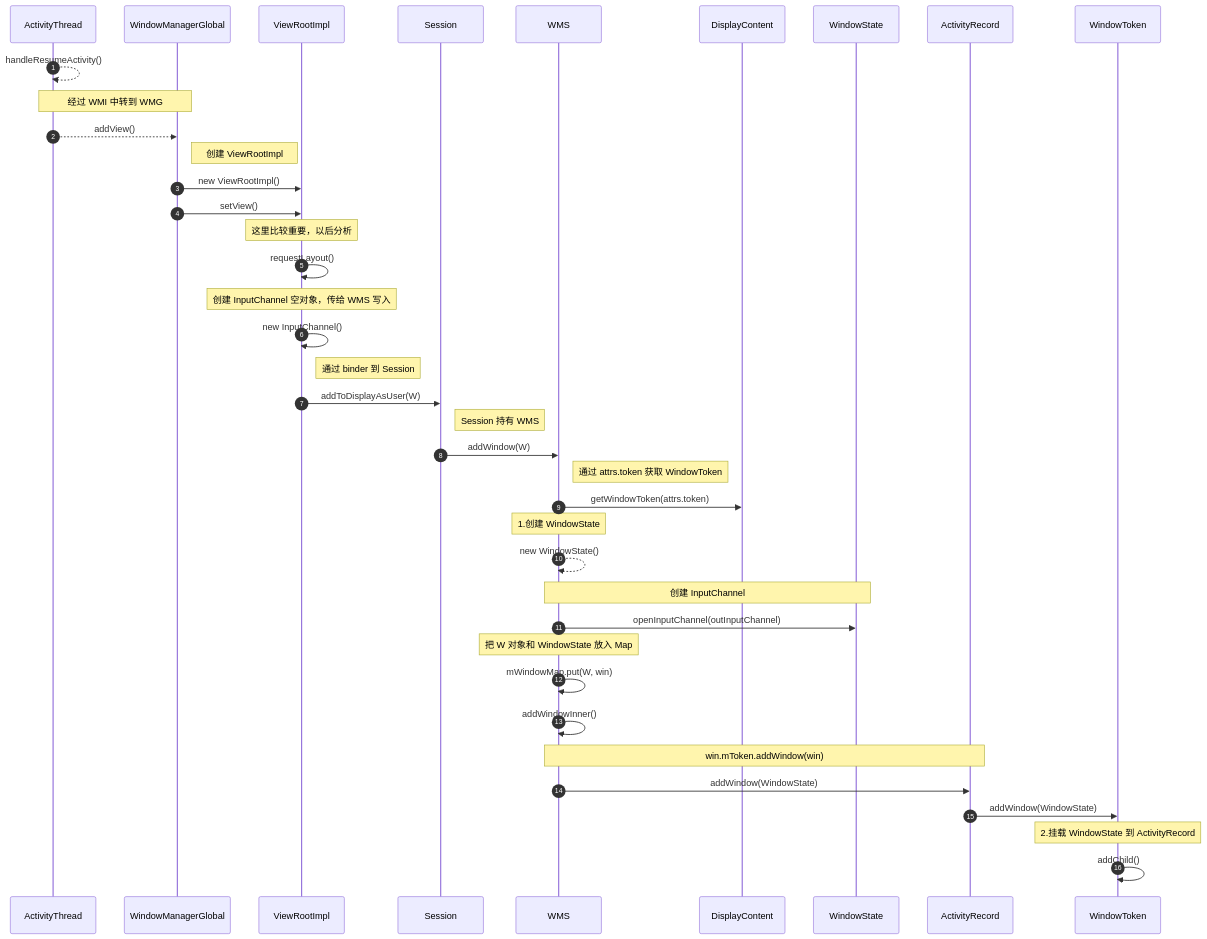
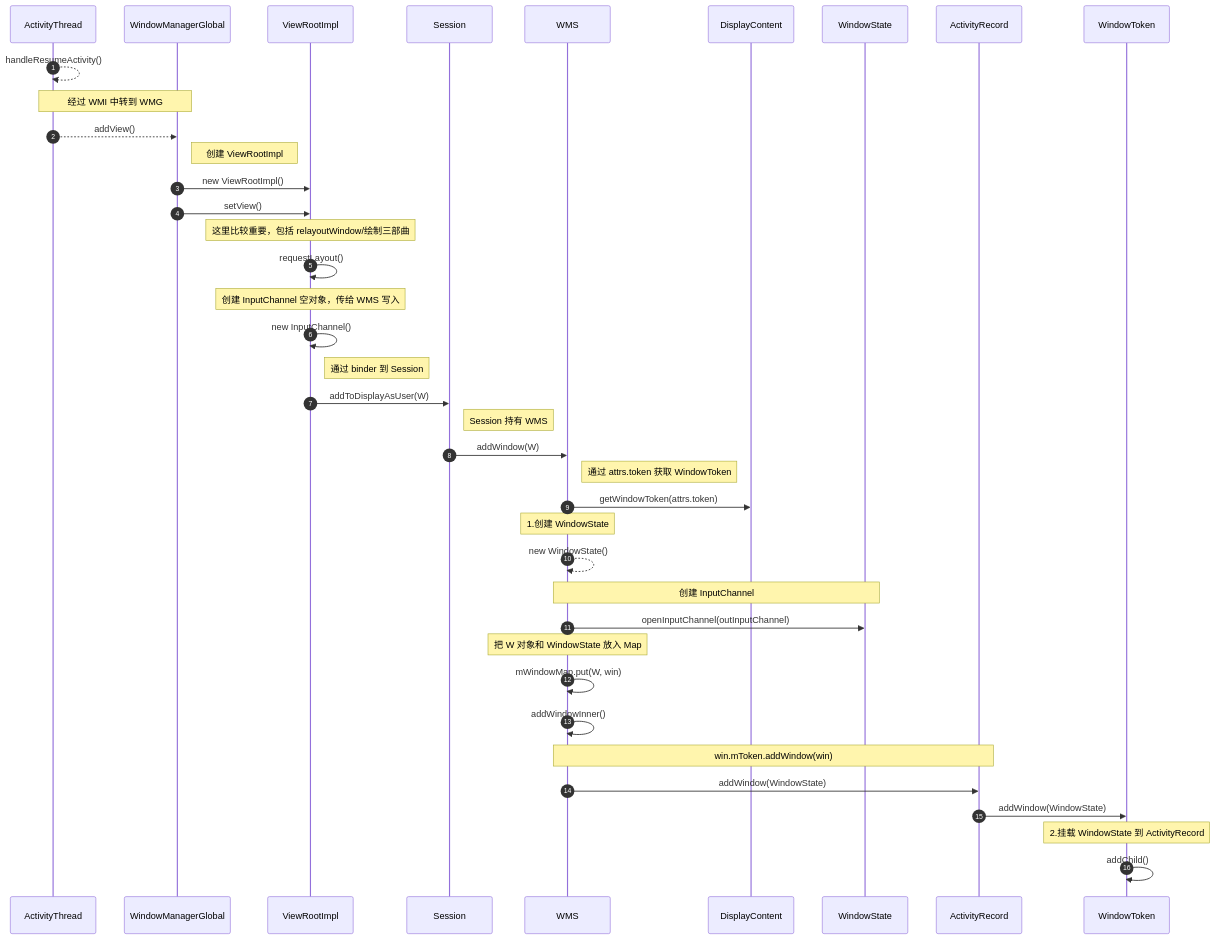
One commit to rangerzhou/rangerzhou.github.io changed the third of 17 diagrams in source/_posts/Android/WMS_SequenceDiagram.md. Above: the diagram before and after it, drawn with Mermaid. The commit also changed other lines of this file and 5 other files, not shown here.

````diff
--- a/source/_posts/Android/WMS_SequenceDiagram.md
+++ b/source/_posts/Android/WMS_SequenceDiagram.md
@@ -142,35 +142,35 @@
 ``` mermaid
 sequenceDiagram
 autonumber
 ActivityThread -->> ActivityThread:handleResumeActivity()
 Note over ActivityThread,WindowManagerGlobal:经过 WMI 中转到 WMG
 ActivityThread -->> WindowManagerGlobal:addView()
 Note right of WindowManagerGlobal:创建 ViewRootImpl
 WindowManagerGlobal ->> ViewRootImpl:new ViewRootImpl()
 WindowManagerGlobal ->> ViewRootImpl:setView()
-Note over ViewRootImpl:这里比较重要，以后分析
+Note over ViewRootImpl:这里比较重要，包括 relayoutWindow/绘制三部曲
 ViewRootImpl ->> ViewRootImpl:requestLayout()
 Note over ViewRootImpl:创建 InputChannel 空对象，传给 WMS 写入
 ViewRootImpl ->> ViewRootImpl:new InputChannel()
 Note right of ViewRootImpl:通过 binder 到 Session
 ViewRootImpl ->> Session:addToDisplayAsUser(W)
 
 %% WMS 侧操作
 Note right of Session:Session 持有 WMS
 Session ->> WMS:addWindow(W)
 Note right of WMS:通过 attrs.token 获取 WindowToken
 WMS ->> DisplayContent:getWindowToken(attrs.token)
 Note over WMS:1.创建 WindowState
 WMS -->> WMS:new WindowState()
 Note over WMS,WindowState:创建 InputChannel
 WMS ->> WindowState:openInputChannel(outInputChannel)
 Note over WMS:把 W 对象和 WindowState 放入 Map
 WMS ->>WMS:mWindowMap.put(W, win)
 
 WMS ->> WMS:addWindowInner()
 Note over WMS,ActivityRecord:win.mToken.addWindow(win)
 WMS ->> ActivityRecord:addWindow(WindowState)
 ActivityRecord ->> WindowToken:addWindow(WindowState)
 Note over WindowToken:2.挂载 WindowState 到 ActivityRecord
 WindowToken ->> WindowToken:addChild()
 ```
````
